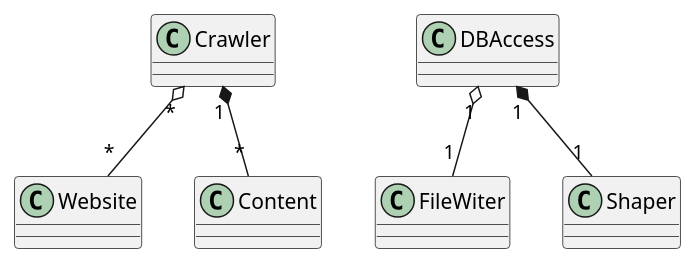
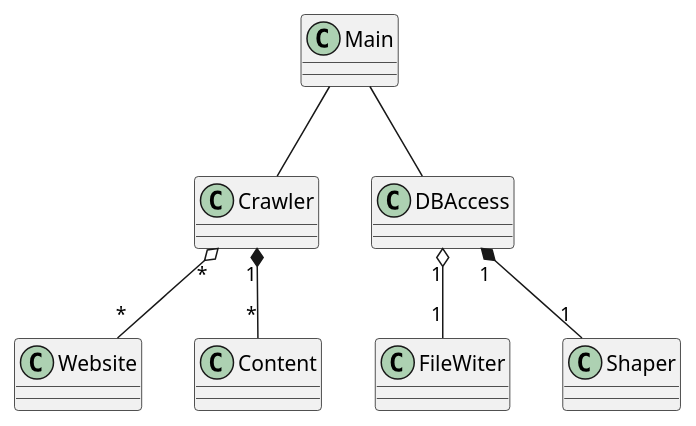
One commit to box16/WebCrawler changed the diagram in uml/class.pu. Above: the diagram before and after it, drawn with PlantUML. The commit also changed 2 other files, not shown here.

```diff
--- a/uml/class.pu
+++ b/uml/class.pu
@@ -1,8 +1,11 @@
 @startuml
 
 Crawler "*" o-- "*" Website
 Crawler "1" *-- "*" Content
 
+Main -- Crawler
+Main -- DBAccess
+
 DBAccess "1" o-- "1" FileWiter
 DBAccess "1" *-- "1" Shaper
 @enduml
```
